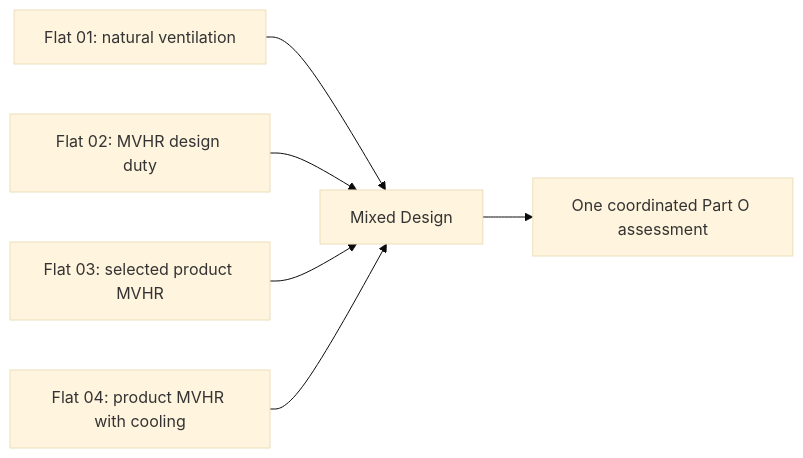
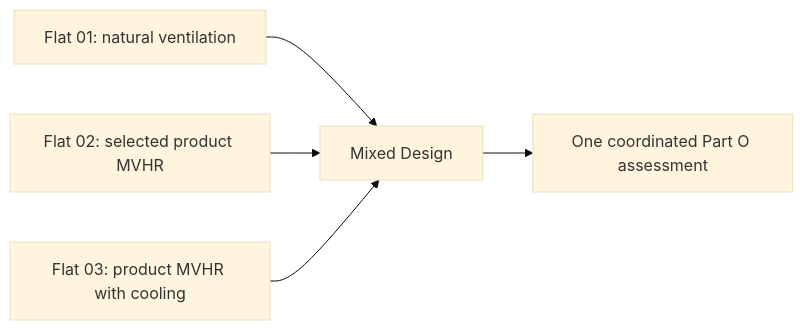
One commit to HoareLea/SAM_UI changed the second of 2 diagrams in documentation/user-guides/Part-O-Prepare-and-Run.md. Above: the diagram before and after it, drawn with Mermaid (base theme). The commit also changed other lines of this file and 1 other file, not shown here.

Commit message:
Correct Mixed Design catalogue example

````diff
--- a/documentation/user-guides/Part-O-Prepare-and-Run.md
+++ b/documentation/user-guides/Part-O-Prepare-and-Run.md
@@ -129,8 +128,7 @@
 ```mermaid
 flowchart LR
     A[Flat 01: natural ventilation] --> E[Mixed Design]
-    B[Flat 02: MVHR design duty] --> E
-    C[Flat 03: selected product MVHR] --> E
-    D[Flat 04: product MVHR with cooling] --> E
+    B[Flat 02: selected product MVHR] --> E
+    C[Flat 03: product MVHR with cooling] --> E
     E --> F[One coordinated Part O assessment]
 ```
````
